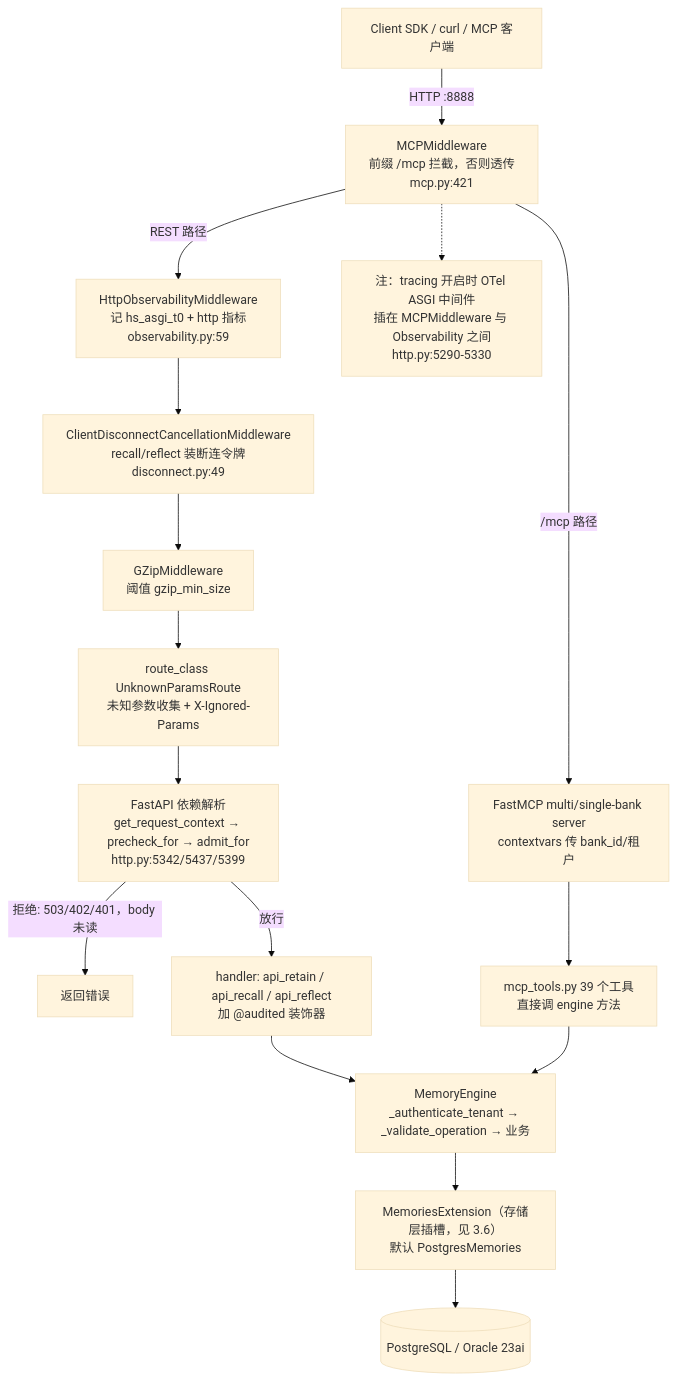
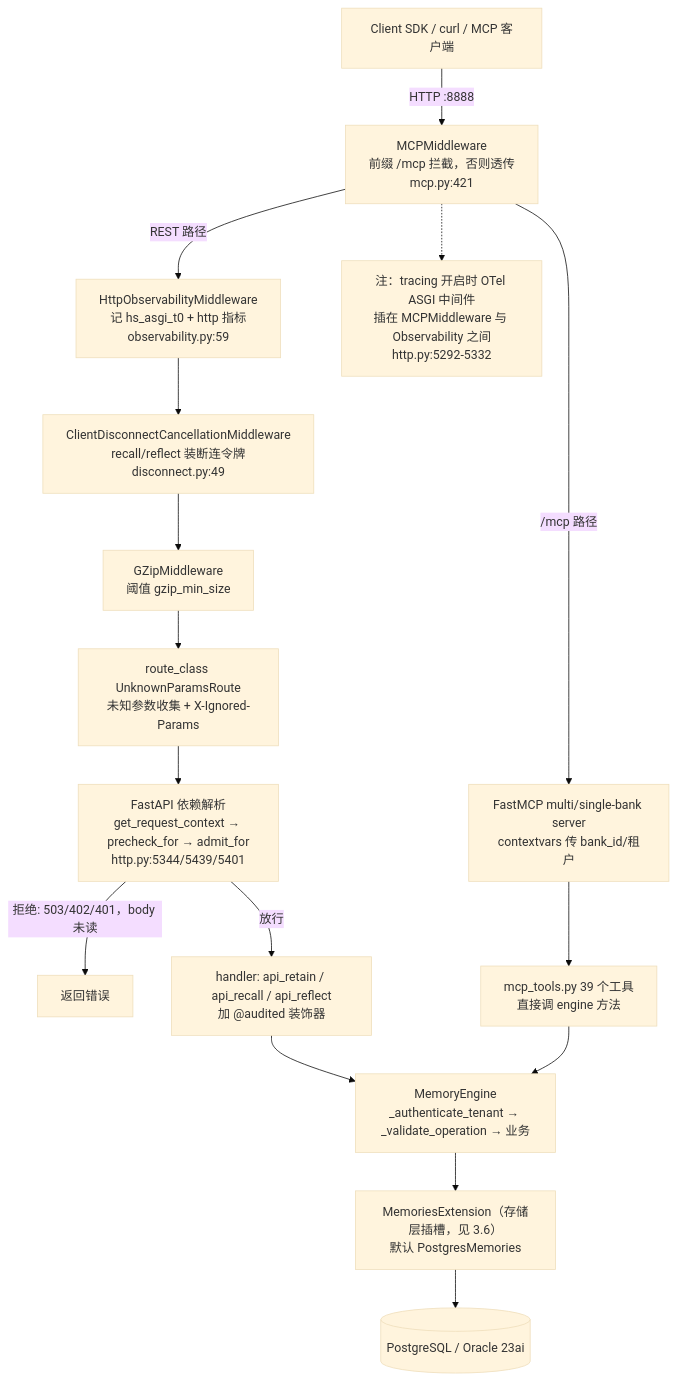
The third of 7 diagrams in docs/hindsight/source-study/06-api-层与服务形态.md (stefanv5/memory-platform-architecture), drawn with Mermaid (base theme) before and after one commit. The commit also changed other lines of this file and 8 other files, not shown here.

````diff
--- a/docs/hindsight/source-study/06-api-层与服务形态.md
+++ b/docs/hindsight/source-study/06-api-层与服务形态.md
@@ -214,18 +214,18 @@
 ```mermaid
 flowchart TD
     C["Client SDK / curl / MCP 客户端"] -->|"HTTP :8888"| MW1["MCPMiddleware<br/>前缀 /mcp 拦截，否则透传<br/>mcp.py:421"]
     MW1 -->|"REST 路径"| MW2["HttpObservabilityMiddleware<br/>记 hs_asgi_t0 + http 指标<br/>observability.py:59"]
     MW2 --> MW3["ClientDisconnectCancellationMiddleware<br/>recall/reflect 装断连令牌<br/>disconnect.py:49"]
     MW3 --> MW4["GZipMiddleware<br/>阈值 gzip_min_size"]
     MW4 --> ROUTE["route_class UnknownParamsRoute<br/>未知参数收集 + X-Ignored-Params"]
-    ROUTE --> DEP["FastAPI 依赖解析<br/>get_request_context → precheck_for → admit_for<br/>http.py:5342/5437/5399"]
+    ROUTE --> DEP["FastAPI 依赖解析<br/>get_request_context → precheck_for → admit_for<br/>http.py:5344/5439/5401"]
     DEP -->|"拒绝: 503/402/401，body 未读"| OUT["返回错误"]
     DEP -->|"放行"| HANDLER["handler: api_retain / api_recall / api_reflect<br/>加 @audited 装饰器"]
     HANDLER --> ENG["MemoryEngine<br/>_authenticate_tenant → _validate_operation → 业务"]
     ENG --> MEMO["MemoriesExtension（存储层插槽，见 3.6）<br/>默认 PostgresMemories"]
     MEMO --> DB[("PostgreSQL / Oracle 23ai")]
     MW1 -->|"/mcp 路径"| FASTMCP["FastMCP multi/single-bank server<br/>contextvars 传 bank_id/租户"]
-    MW1 -.-> OTELNOTE["注：tracing 开启时 OTel ASGI 中间件<br/>插在 MCPMiddleware 与 Observability 之间<br/>http.py:5290-5330"]
+    MW1 -.-> OTELNOTE["注：tracing 开启时 OTel ASGI 中间件<br/>插在 MCPMiddleware 与 Observability 之间<br/>http.py:5292-5332"]
     FASTMCP --> TOOLS["mcp_tools.py 39 个工具<br/>直接调 engine 方法"]
     TOOLS --> ENG
 ```
````
